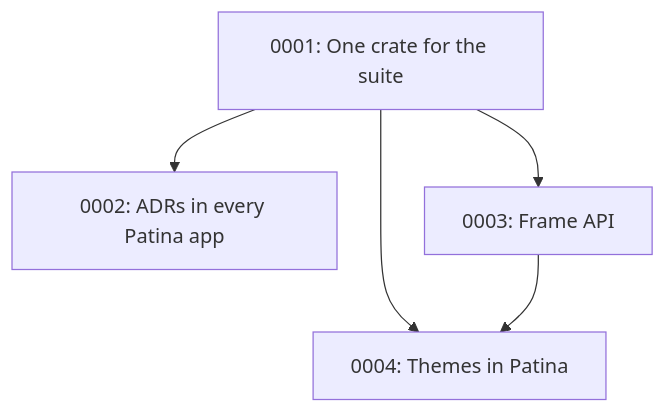
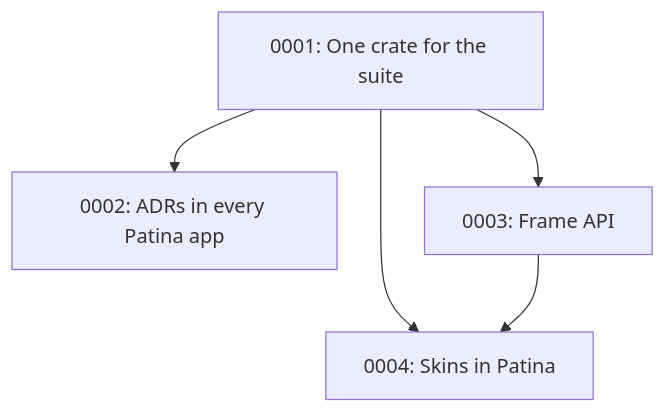
The diagram in docs/adr/README.md (Sector-F-Labs/patina), drawn with Mermaid before and after one commit. The commit also changed other lines of this file and 17 other files, not shown here.

First line of the commit message:
Call them skins, not themes

````diff
--- a/docs/adr/README.md
+++ b/docs/adr/README.md
@@ -52,7 +52,7 @@
 ```mermaid
 flowchart TD
     A[0001: One crate for the suite] --> B[0002: ADRs in every Patina app]
     A --> C[0003: Frame API]
-    A --> D[0004: Themes in Patina]
+    A --> D[0004: Skins in Patina]
     C --> D
 ```
````
